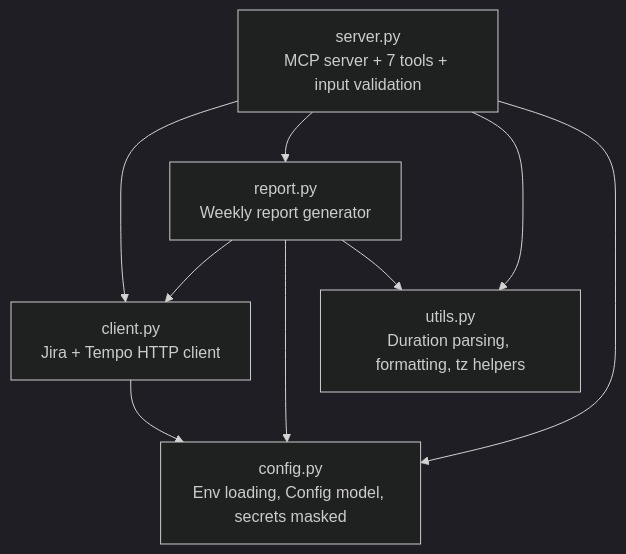
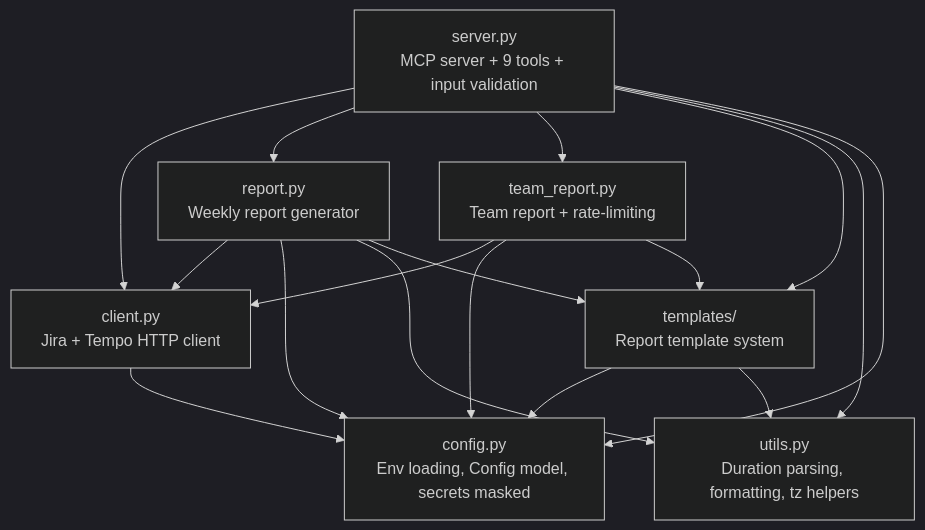
Before and after one commit to Korrnals/jira-tempo-mcp: the first of 2 diagrams in docs/architecture.md, drawn with Mermaid (dark theme). The commit also changed other lines of this file and 26 other files, not shown here.

First line of the commit message:
feat: v0.2.0 — team reports + custom templates + rate-limiting

````diff
--- a/docs/architecture.md
+++ b/docs/architecture.md
@@ -8,11 +8,19 @@
 ```mermaid
 flowchart TD
-    S[server.py<br/>MCP server + 7 tools + input validation] --> C[client.py<br/>Jira + Tempo HTTP client]
+    S[server.py<br/>MCP server + 9 tools + input validation] --> C[client.py<br/>Jira + Tempo HTTP client]
     S --> R[report.py<br/>Weekly report generator]
+    S --> TR[team_report.py<br/>Team report + rate-limiting]
+    S --> T[templates/<br/>Report template system]
     S --> U[utils.py<br/>Duration parsing, formatting, tz helpers]
     S --> CFG[config.py<br/>Env loading, Config model, secrets masked]
     C --> CFG
     R --> C
     R --> CFG
     R --> U
+    R --> T
+    TR --> C
+    TR --> CFG
+    TR --> T
+    T --> CFG
+    T --> U
 ```
````
